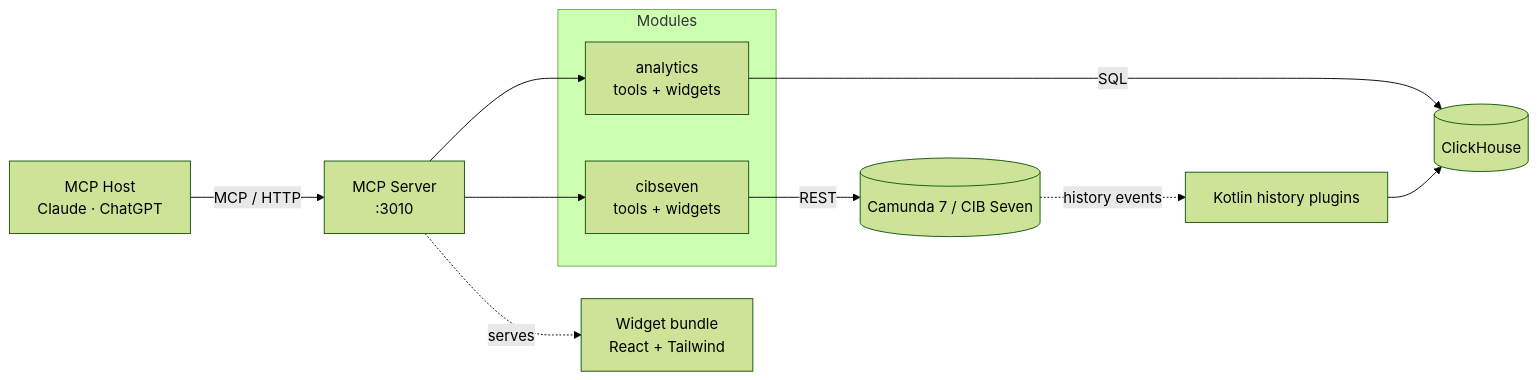
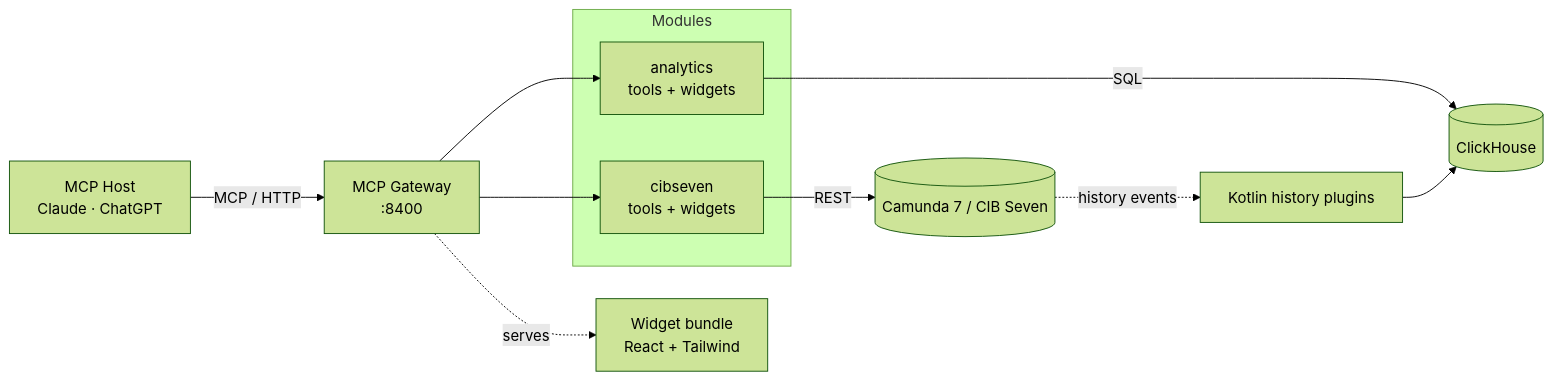
Before and after one commit to Miragon/miragon-ai: the diagram in docs/architecture.md, drawn with Mermaid (forest theme). The commit also changed other lines of this file and 23 other files, not shown here.

````diff
--- a/docs/architecture.md
+++ b/docs/architecture.md
@@ -10,20 +10,20 @@
 ```mermaid
 flowchart LR
-  Host[MCP Host<br/>Claude · ChatGPT] -->|MCP / HTTP| Server[MCP Server<br/>:3010]
+  Host[MCP Host<br/>Claude · ChatGPT] -->|MCP / HTTP| Server[MCP Gateway<br/>:8400]
 
   subgraph Modules
     Cibseven[cibseven<br/>tools + widgets]
     Analytics[analytics<br/>tools + widgets]
   end
 
   Server --> Cibseven
   Server --> Analytics
 
   Cibseven -->|REST| Engine[(Camunda 7 / CIB Seven)]
   Analytics -->|SQL| CH[(ClickHouse)]
 
   Engine -. history events .-> Plugins[Kotlin history plugins]
   Plugins --> CH
 
   Server -. serves .-> Widgets[Widget bundle<br/>React + Tailwind]
 ```
````
